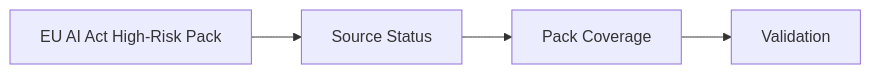
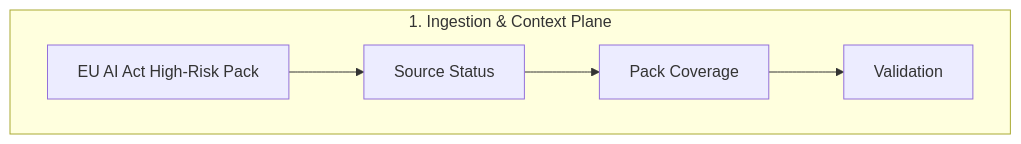
One commit to Mindburn-Labs/helm-ai-kernel changed the diagram in docs/compliance/eu-ai-act-high-risk-pack.md. Above: the diagram before and after it, drawn with Mermaid. The commit also changed other lines of this file and 330 other files, not shown here.

````diff
--- a/docs/compliance/eu-ai-act-high-risk-pack.md
+++ b/docs/compliance/eu-ai-act-high-risk-pack.md
@@ -37,10 +37,16 @@
 ```mermaid
-flowchart LR
-  Page["EU AI Act High-Risk Pack"]
-  A["Source Status"]
-  B["Pack Coverage"]
-  C["Validation"]
-  Page --> A
-  A --> B
-  B --> C
+flowchart TD
+    subgraph Ingestion["1. Ingestion & Context Plane"]
+        Page["EU AI Act High-Risk Pack"]
+        A["Source Status"]
+        B["Pack Coverage"]
+        C["Validation"]
+    end
+
+    %% Operational Flow Edges
+    Page --> A
+    A --> B
+    B --> C
+
+    %% Premium Styling Rules
 ```
````
